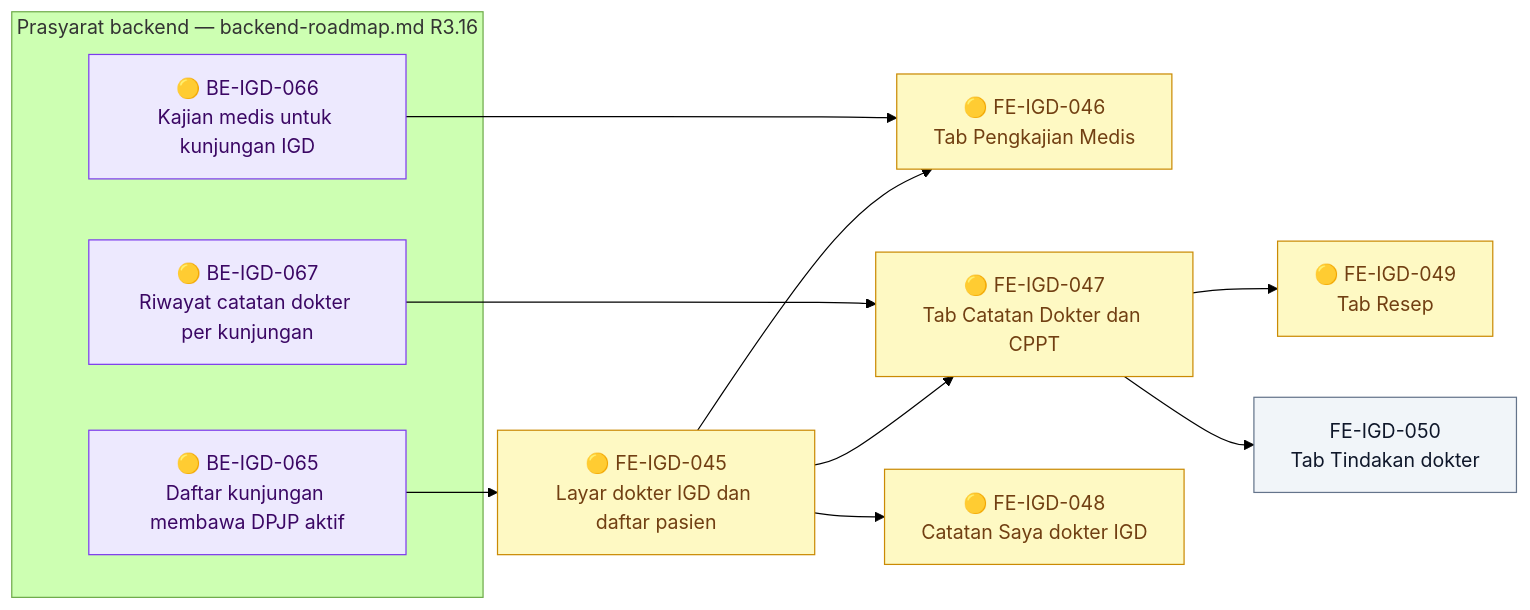
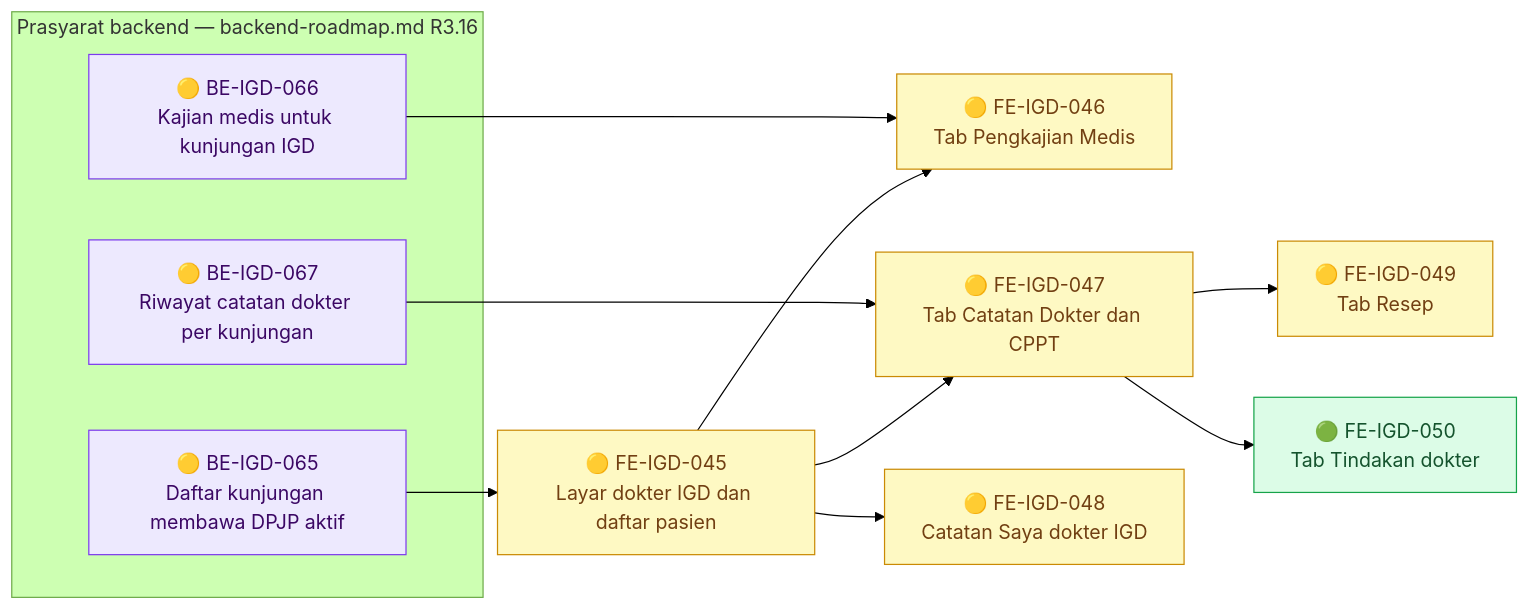
Diagram 16 of 18 in docs/module-blueprints/igd/roadmap/frontend-roadmap.md (DevBenari/NewQuilvianSystemBackend), drawn with Mermaid (forest theme) before and after one commit. The commit also changed other lines of this file and 13 other files, not shown here.

Commit message:
proses membuat pemeriksaan dokter igd

````diff
--- a/docs/module-blueprints/igd/roadmap/frontend-roadmap.md
+++ b/docs/module-blueprints/igd/roadmap/frontend-roadmap.md
@@ -2079,30 +2079,30 @@
 ```mermaid
 flowchart LR
     classDef selesai fill:#DCFCE7,stroke:#16A34A,color:#14532D
     classDef sebagian fill:#FEF9C3,stroke:#CA8A04,color:#713F12
     classDef terblokir fill:#FEE2E2,stroke:#DC2626,color:#7F1D1D
     classDef belum fill:#F1F5F9,stroke:#64748B,color:#0F172A
     classDef luar fill:#EDE9FE,stroke:#7C3AED,color:#3B0764
 
     subgraph backend1402["Prasyarat backend — backend-roadmap.md R3.16"]
         BEIGD065D["🟡 BE-IGD-065<br/>Daftar kunjungan membawa DPJP aktif"]:::luar
         BEIGD066D["🟡 BE-IGD-066<br/>Kajian medis untuk kunjungan IGD"]:::luar
         BEIGD067D["🟡 BE-IGD-067<br/>Riwayat catatan dokter per kunjungan"]:::luar
     end
 
     FEIGD045["🟡 FE-IGD-045<br/>Layar dokter IGD dan daftar pasien"]:::sebagian
     FEIGD046["🟡 FE-IGD-046<br/>Tab Pengkajian Medis"]:::sebagian
     FEIGD047["🟡 FE-IGD-047<br/>Tab Catatan Dokter dan CPPT"]:::sebagian
     FEIGD048["🟡 FE-IGD-048<br/>Catatan Saya dokter IGD"]:::sebagian
     FEIGD049["🟡 FE-IGD-049<br/>Tab Resep"]:::sebagian
-    FEIGD050["FE-IGD-050<br/>Tab Tindakan dokter"]:::belum
+    FEIGD050["🟢 FE-IGD-050<br/>Tab Tindakan dokter"]:::selesai
 
     BEIGD065D --> FEIGD045
     FEIGD045 --> FEIGD046
     BEIGD066D --> FEIGD046
     FEIGD045 --> FEIGD047
     BEIGD067D --> FEIGD047
     FEIGD045 --> FEIGD048
     FEIGD047 --> FEIGD049
     FEIGD047 --> FEIGD050
 ```
````
